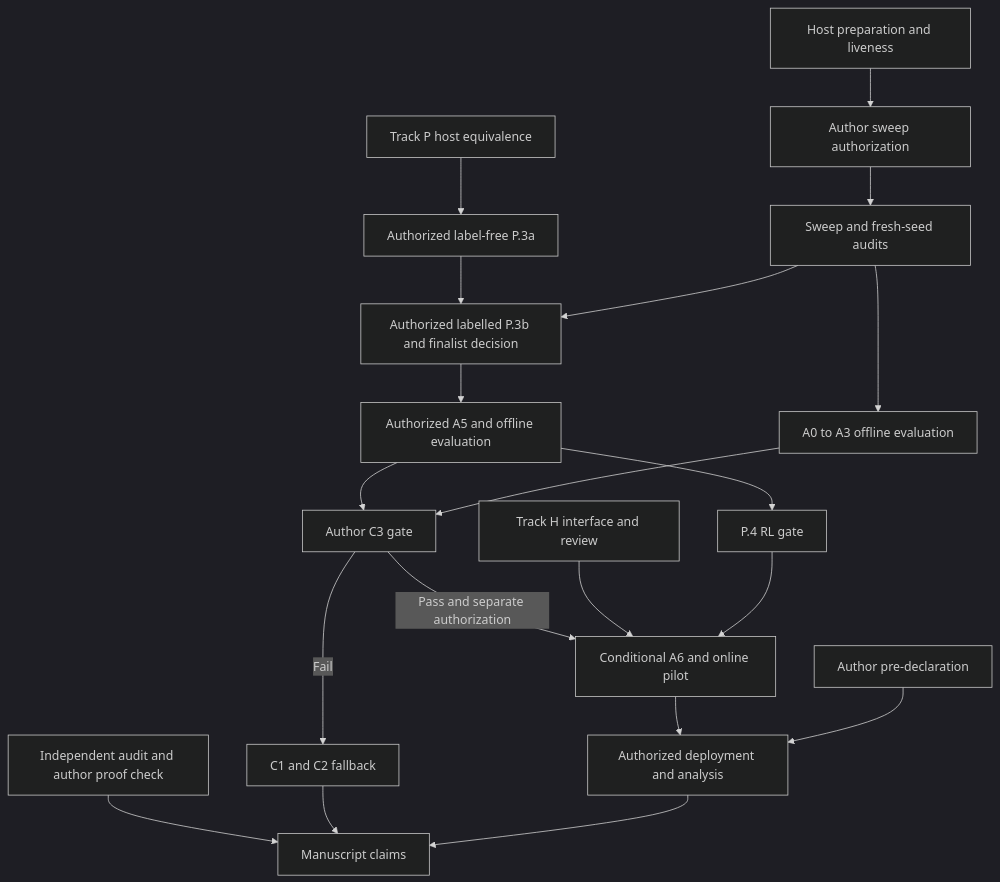
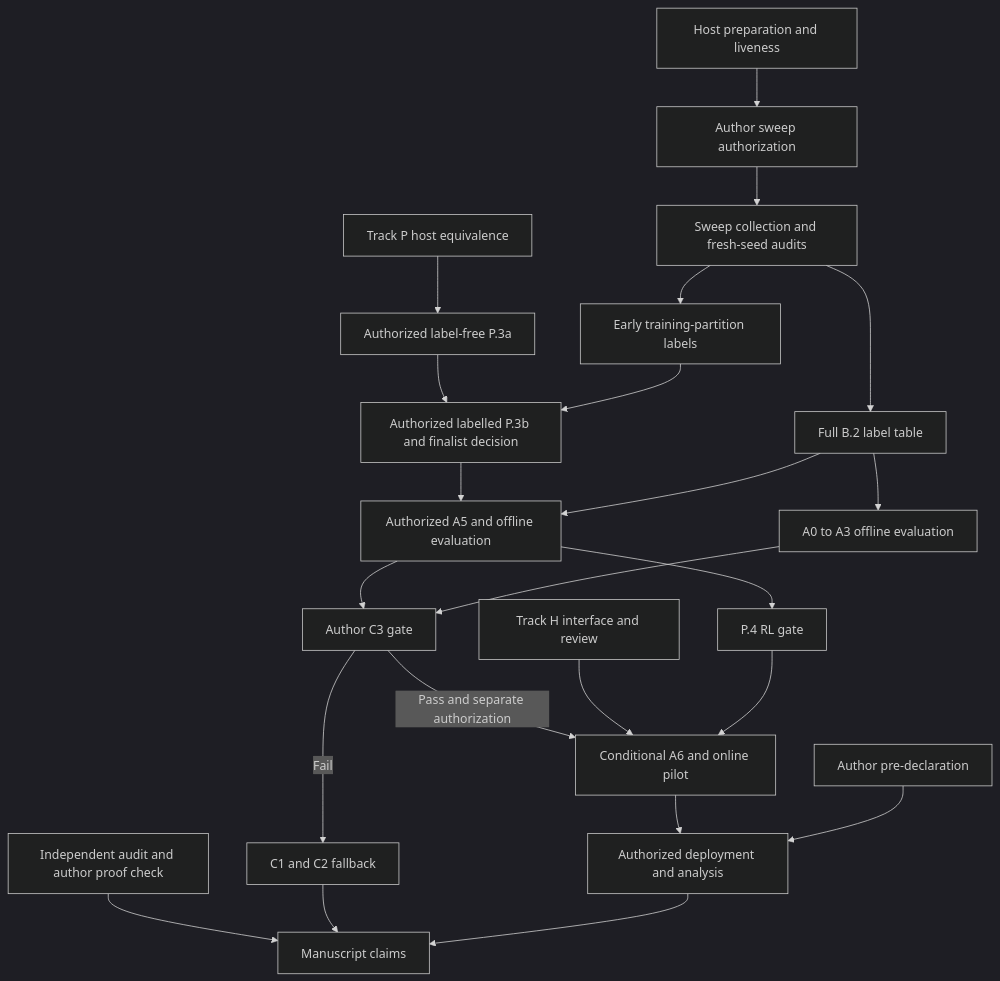
Before and after one commit to dowlingwong/Agent_paper_B: the diagram in docs/r1/TECH_ROUTE.md, drawn with Mermaid (dark theme). The commit also changed other lines of this file, not shown here.

Commit message:
Clarify early labels and parallel route steps
AI-assisted. Address the independent route reviewer’s remaining dependency findings.

````diff
--- a/docs/r1/TECH_ROUTE.md
+++ b/docs/r1/TECH_ROUTE.md
@@ -56,24 +56,27 @@
 ```mermaid
 flowchart TD
     accTitle: Paper B Route Dependencies
     accDescr: Parallel preparation and author gates lead to offline evaluation, a C3 decision, and conditional online deployment; arrows do not themselves grant authorization.
     prep[Host preparation and liveness] --> sweep_auth[Author sweep authorization]
-    sweep_auth --> labels[Sweep and fresh-seed audits]
+    sweep_auth --> sweep[Sweep collection and fresh-seed audits]
+    sweep --> early_labels[Early training-partition labels]
+    sweep --> full_labels[Full B.2 label table]
     host_equiv[Track P host equivalence] --> p3a[Authorized label-free P.3a]
     p3a --> p3b[Authorized labelled P.3b and finalist decision]
-    labels --> p3b
+    early_labels --> p3b
     p3b --> a5[Authorized A5 and offline evaluation]
-    labels --> offline[A0 to A3 offline evaluation]
+    full_labels --> a5
+    full_labels --> offline[A0 to A3 offline evaluation]
     a5 --> gate[Author C3 gate]
     offline --> gate
     gate -->|Pass and separate authorization| a6[Conditional A6 and online pilot]
     gate -->|Fail| fallback[C1 and C2 fallback]
     h_interface[Track H interface and review] --> a6
     a5 --> rl_gate[P.4 RL gate]
     rl_gate --> a6
     a6 --> deployment[Authorized deployment and analysis]
     declaration[Author pre-declaration] --> deployment
     proof[Independent audit and author proof check] --> manuscript[Manuscript claims]
     fallback --> manuscript
     deployment --> manuscript
 ```
````
